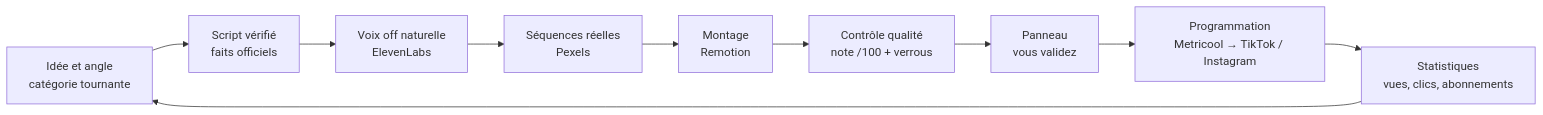
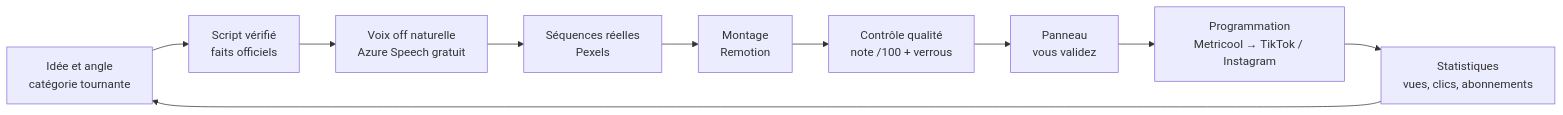
One commit to businebile-png/video- changed the diagram in README.md. Above: the diagram before and after it, drawn with Mermaid. The commit also changed other lines of this file and 25 other files, not shown here.

First line of the commit message:
Studio 100 % gratuit : voix Azure Speech F0 et faits vérifiés

````diff
--- a/README.md
+++ b/README.md
@@ -13,12 +13,12 @@
 ```mermaid
 flowchart LR
   A[Idée et angle<br/>catégorie tournante] --> B[Script vérifié<br/>faits officiels]
-  B --> C[Voix off naturelle<br/>ElevenLabs]
+  B --> C[Voix off naturelle<br/>Azure Speech gratuit]
   C --> D[Séquences réelles<br/>Pexels]
   D --> E[Montage<br/>Remotion]
   E --> F[Contrôle qualité<br/>note /100 + verrous]
   F --> G[Panneau<br/>vous validez]
   G --> H[Programmation<br/>Metricool → TikTok / Instagram]
   H --> I[Statistiques<br/>vues, clics, abonnements]
   I --> A
 ```
````
